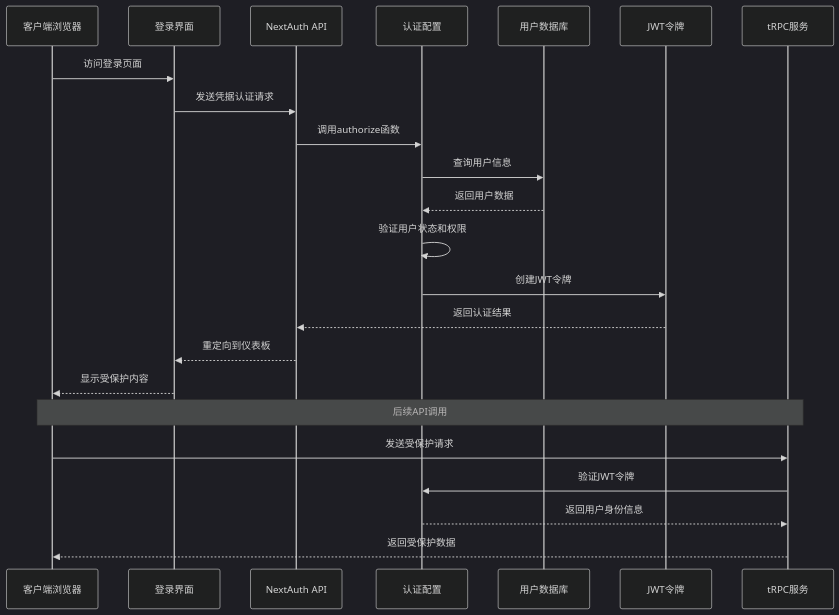
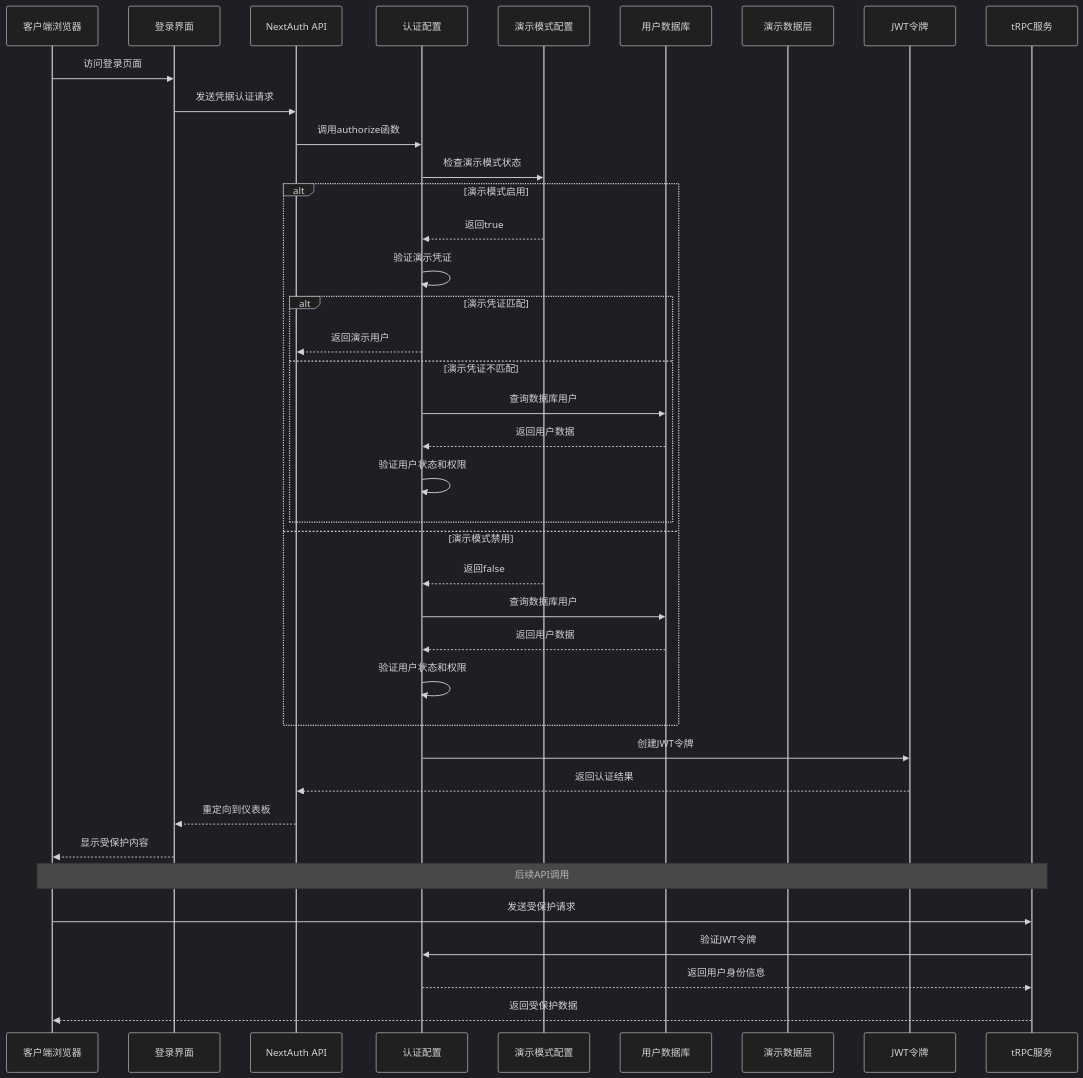
Before and after one commit to RadiumAg/AIGate: the second of 11 diagrams in .qoder/repowiki/zh/content/核心功能/用户认证系统.md, drawn with Mermaid (dark theme). The commit also changed other lines of this file and 11 other files, not shown here.

````diff
--- a/.qoder/repowiki/zh/content/核心功能/用户认证系统.md
+++ b/.qoder/repowiki/zh/content/核心功能/用户认证系统.md
@@ -114,25 +146,41 @@
 ```mermaid
 sequenceDiagram
 participant Client as 客户端浏览器
 participant LoginUI as 登录界面
 participant NextAuthAPI as NextAuth API
 participant AuthConfig as 认证配置
+participant DemoConfig as 演示模式配置
 participant UserDB as 用户数据库
+participant DemoData as 演示数据层
 participant JWT as JWT令牌
 participant TRPC as tRPC服务
 Client->>LoginUI : 访问登录页面
 LoginUI->>NextAuthAPI : 发送凭据认证请求
 NextAuthAPI->>AuthConfig : 调用authorize函数
-AuthConfig->>UserDB : 查询用户信息
+AuthConfig->>DemoConfig : 检查演示模式状态
+alt 演示模式启用
+DemoConfig-->>AuthConfig : 返回true
+AuthConfig->>AuthConfig : 验证演示凭证
+alt 演示凭证匹配
+AuthConfig-->>NextAuthAPI : 返回演示用户
+else 演示凭证不匹配
+AuthConfig->>UserDB : 查询数据库用户
 UserDB-->>AuthConfig : 返回用户数据
 AuthConfig->>AuthConfig : 验证用户状态和权限
+end
+else 演示模式禁用
+DemoConfig-->>AuthConfig : 返回false
+AuthConfig->>UserDB : 查询数据库用户
+UserDB-->>AuthConfig : 返回用户数据
+AuthConfig->>AuthConfig : 验证用户状态和权限
+end
 AuthConfig->>JWT : 创建JWT令牌
 JWT-->>NextAuthAPI : 返回认证结果
 NextAuthAPI-->>LoginUI : 重定向到仪表板
 LoginUI-->>Client : 显示受保护内容
 Note over Client,TRPC : 后续API调用
 Client->>TRPC : 发送受保护请求
 TRPC->>AuthConfig : 验证JWT令牌
 AuthConfig-->>TRPC : 返回用户身份信息
 TRPC-->>Client : 返回受保护数据
 ```
````
